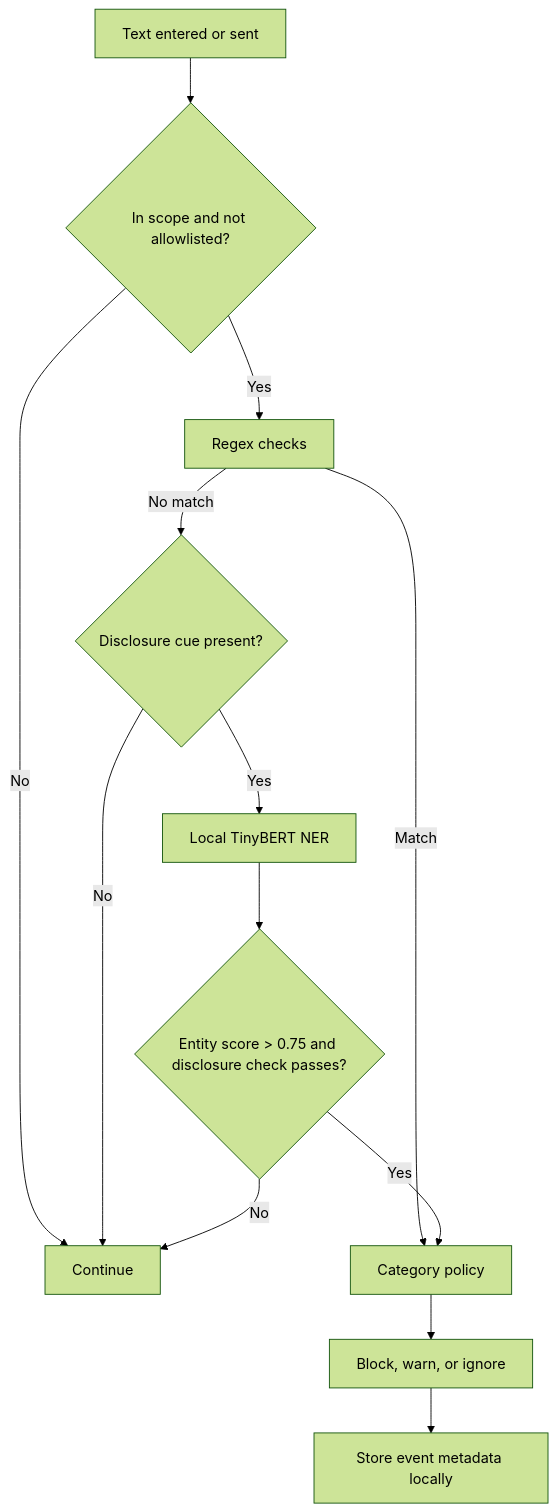
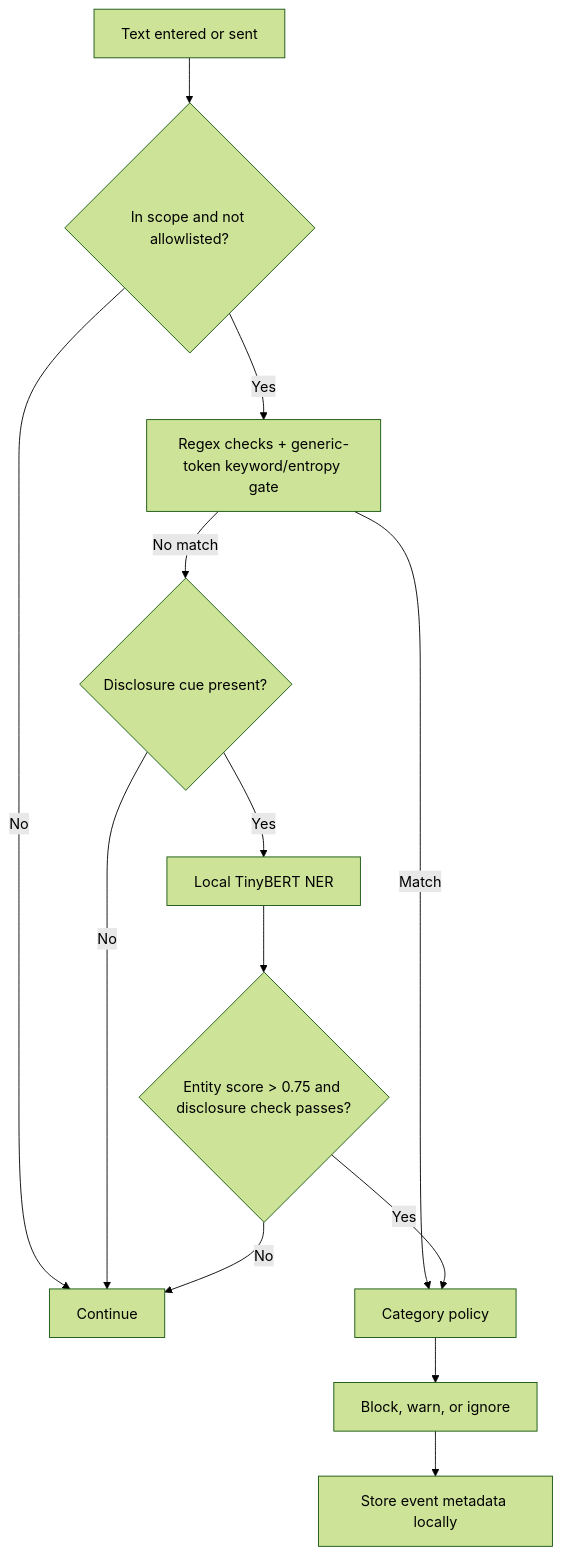
The diagram in README.md (RevHeadGuy/LLM_DATA_LEAKAGE_MONITOR), drawn with Mermaid (forest theme) before and after one commit. The commit also changed other lines of this file and 15 other files, not shown here.

````diff
--- a/README.md
+++ b/README.md
@@ -48,15 +51,15 @@
 ```mermaid
 flowchart TD
     A[Text entered or sent] --> B{In scope and not allowlisted?}
     B -- No --> Z[Continue]
-    B -- Yes --> C[Regex checks]
+    B -- Yes --> C[Regex checks + generic-token keyword/entropy gate]
     C -- Match --> D[Category policy]
     C -- No match --> E{Disclosure cue present?}
     E -- No --> Z
     E -- Yes --> F[Local TinyBERT NER]
     F --> G{Entity score > 0.75 and disclosure check passes?}
     G -- No --> Z
     G -- Yes --> D
     D --> H[Block, warn, or ignore]
     H --> I[Store event metadata locally]
 ```
````
